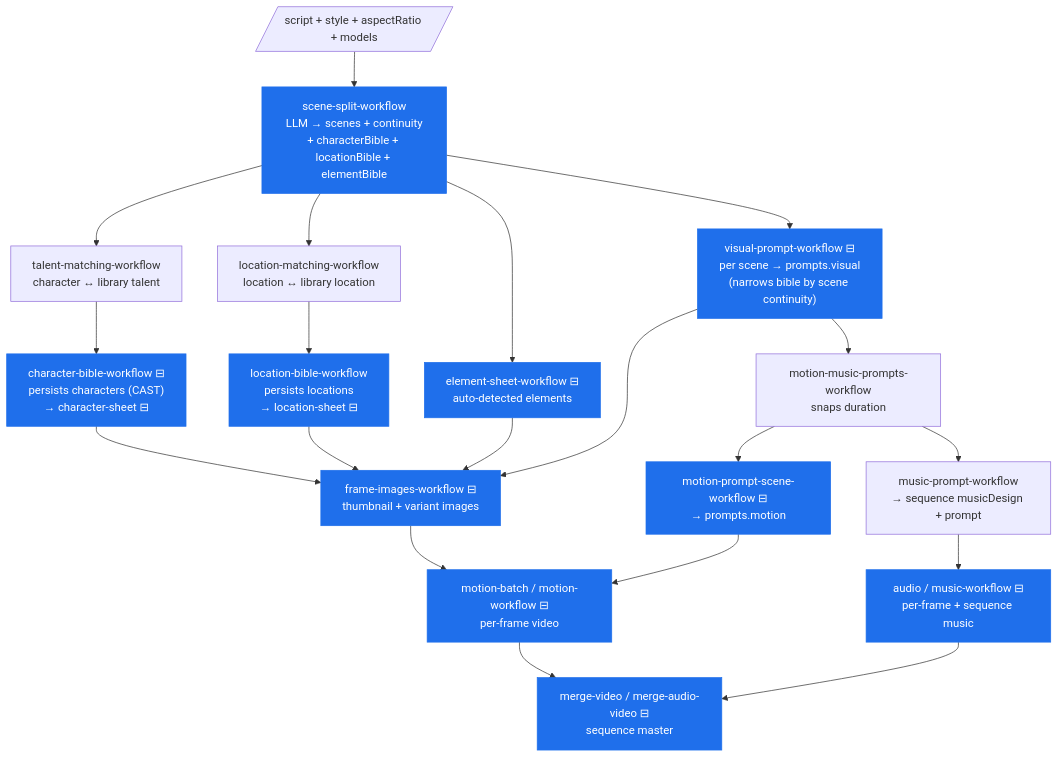
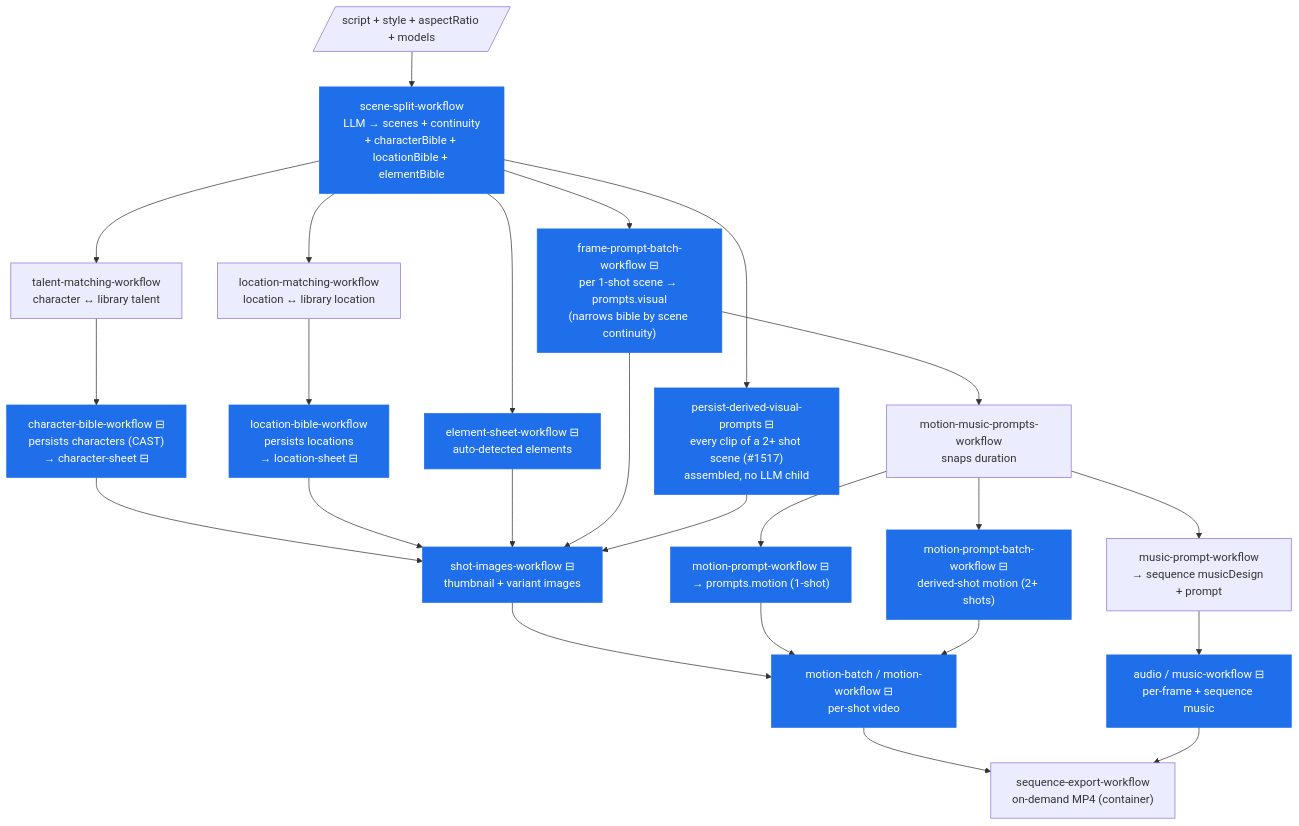
Before and after one commit to Jyatin/openstory: the first of 4 diagrams in docs/architecture/prompt-staleness-dependency-graph.md, drawn with Mermaid. The commit also changed other lines of this file and 8 other files, not shown here.

First line of the commit message:
fix(#1732): stamp derived visual prompts with the cast character bible (#1733)

````diff
--- a/docs/architecture/prompt-staleness-dependency-graph.md
+++ b/docs/architecture/prompt-staleness-dependency-graph.md
@@ -71,34 +105,38 @@
 ```mermaid
 flowchart TD
     script[/"script + style + aspectRatio + models"/]
 
     script --> split["scene-split-workflow<br/>LLM → scenes + continuity<br/>+ characterBible + locationBible + elementBible"]
 
     split --> talent["talent-matching-workflow<br/>character ↔ library talent"]
     split --> locmatch["location-matching-workflow<br/>location ↔ library location"]
 
     talent --> cbib["character-bible-workflow ⊟<br/>persists characters (CAST)<br/>→ character-sheet ⊟"]
     locmatch --> lbib["location-bible-workflow<br/>persists locations<br/>→ location-sheet ⊟"]
     split --> elem["element-sheet-workflow ⊟<br/>auto-detected elements"]
 
-    split --> vprompt["visual-prompt-workflow ⊟<br/>per scene → prompts.visual<br/>(narrows bible by scene continuity)"]
+    split --> vprompt["frame-prompt-batch-workflow ⊟<br/>per 1-shot scene → prompts.visual<br/>(narrows bible by scene continuity)"]
+    split --> dvprompt["persist-derived-visual-prompts ⊟<br/>every clip of a 2+ shot scene (#1517)<br/>assembled, no LLM child"]
 
     vprompt --> mmprompt["motion-music-prompts-workflow<br/>snaps duration"]
-    mmprompt --> mprompt["motion-prompt-scene-workflow ⊟<br/>→ prompts.motion"]
+    mmprompt --> mprompt["motion-prompt-workflow ⊟<br/>→ prompts.motion (1-shot)"]
+    mmprompt --> dmprompt["motion-prompt-batch-workflow ⊟<br/>derived-shot motion (2+ shots)"]
     mmprompt --> musicp["music-prompt-workflow<br/>→ sequence musicDesign + prompt"]
 
-    cbib --> img["frame-images-workflow ⊟<br/>thumbnail + variant images"]
+    cbib --> img["shot-images-workflow ⊟<br/>thumbnail + variant images"]
     lbib --> img
     elem --> img
     vprompt --> img
+    dvprompt --> img
 
-    img --> motion["motion-batch / motion-workflow ⊟<br/>per-frame video"]
+    img --> motion["motion-batch / motion-workflow ⊟<br/>per-shot video"]
     mprompt --> motion
+    dmprompt --> motion
     musicp --> audio["audio / music-workflow ⊟<br/>per-frame + sequence music"]
 
-    motion --> merge["merge-video / merge-audio-video ⊟<br/>sequence master"]
-    audio --> merge
+    motion --> export["sequence-export-workflow<br/>on-demand MP4 (container)"]
+    audio --> export
 
     classDef stamp fill:#1f6feb,stroke:#1f6feb,color:#fff;
-    class cbib,lbib,elem,vprompt,mprompt,img,motion,audio,merge,split stamp;
+    class cbib,lbib,elem,vprompt,dvprompt,mprompt,dmprompt,img,motion,audio,split stamp;
 ```
````
